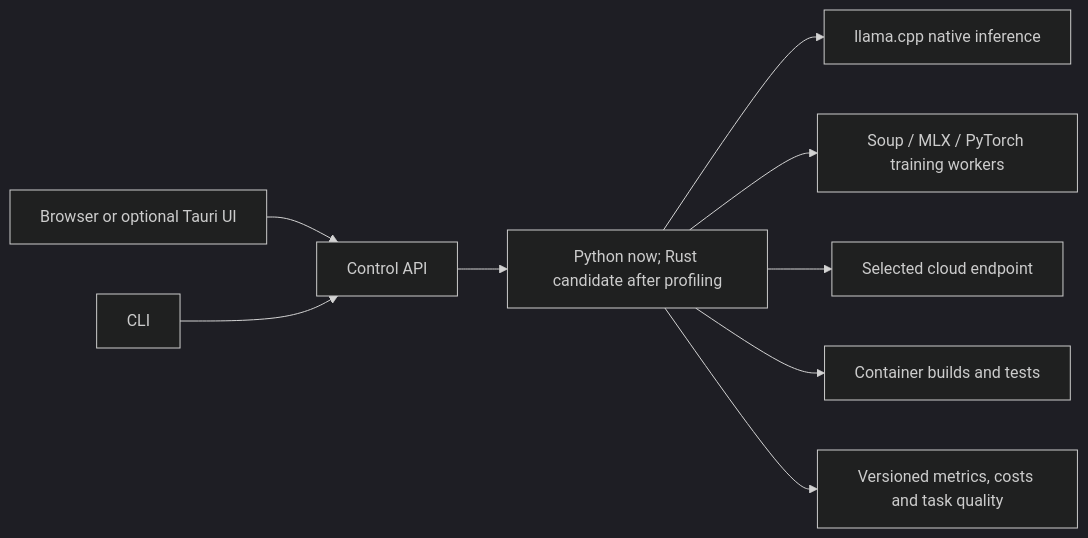
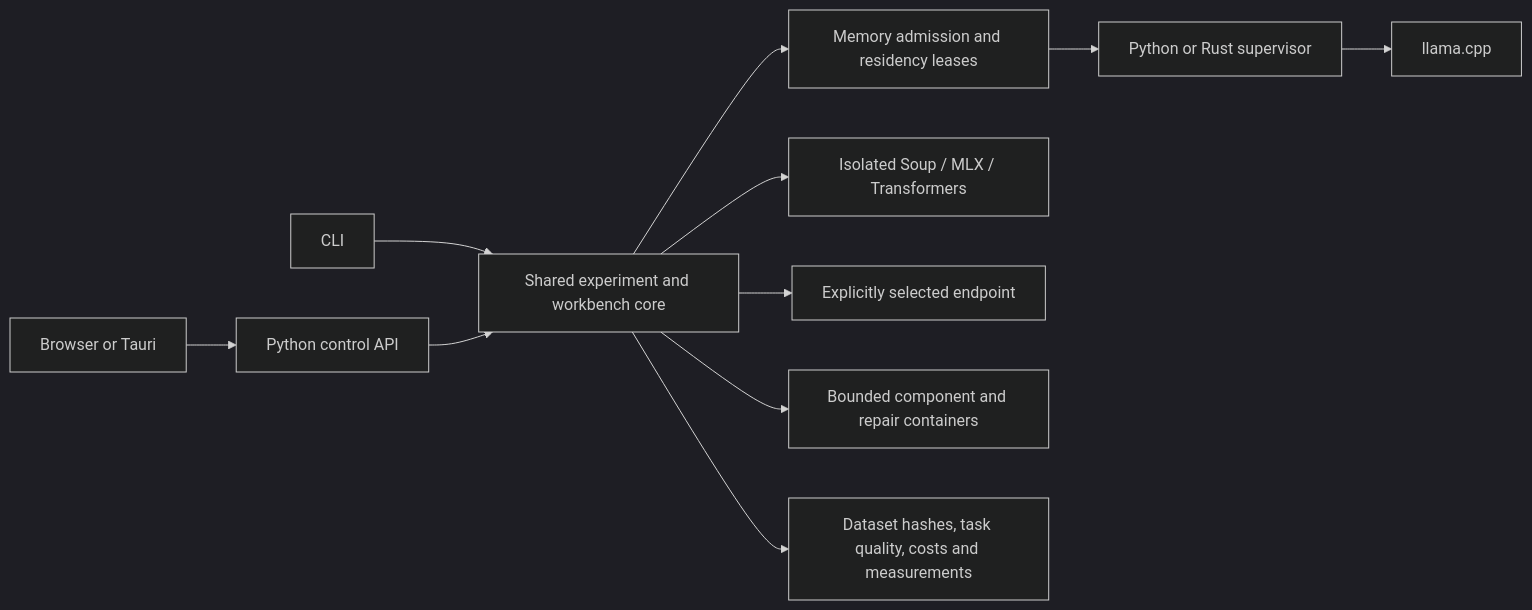
Before and after one commit to ShaunPrice/LLM-Optimise: the diagram in docs/performance-roadmap.md, drawn with Mermaid (dark theme). The commit also changed other lines of this file and 94 other files, not shown here.

Commit message:
Implement constrained-hardware workbench and native runtimes

````diff
--- a/docs/performance-roadmap.md
+++ b/docs/performance-roadmap.md
@@ -40,11 +28,13 @@
 ```mermaid
 flowchart LR
-    UI[Browser or optional Tauri UI] --> API[Control API]
-    CLI[CLI] --> API
-    API --> Supervisor[Python now; Rust candidate after profiling]
-    Supervisor --> Llama[llama.cpp native inference]
-    Supervisor --> Training[Soup / MLX / PyTorch training workers]
-    Supervisor --> Cloud[Selected cloud endpoint]
-    Supervisor --> Sandbox[Container builds and tests]
-    Supervisor --> Evidence[Versioned metrics, costs and task quality]
+  UI[Browser or Tauri] --> API[Python control API]
+  CLI[CLI] --> Core[Shared experiment and workbench core]
+  API --> Core
+  Core --> Lifecycle[Memory admission and residency leases]
+  Lifecycle --> Supervisor[Python or Rust supervisor]
+  Supervisor --> Llama[llama.cpp]
+  Core --> Soup[Isolated Soup / MLX / Transformers]
+  Core --> Cloud[Explicitly selected endpoint]
+  Core --> Docker[Bounded component and repair containers]
+  Core --> Evidence[Dataset hashes, task quality, costs and measurements]
 ```
````
